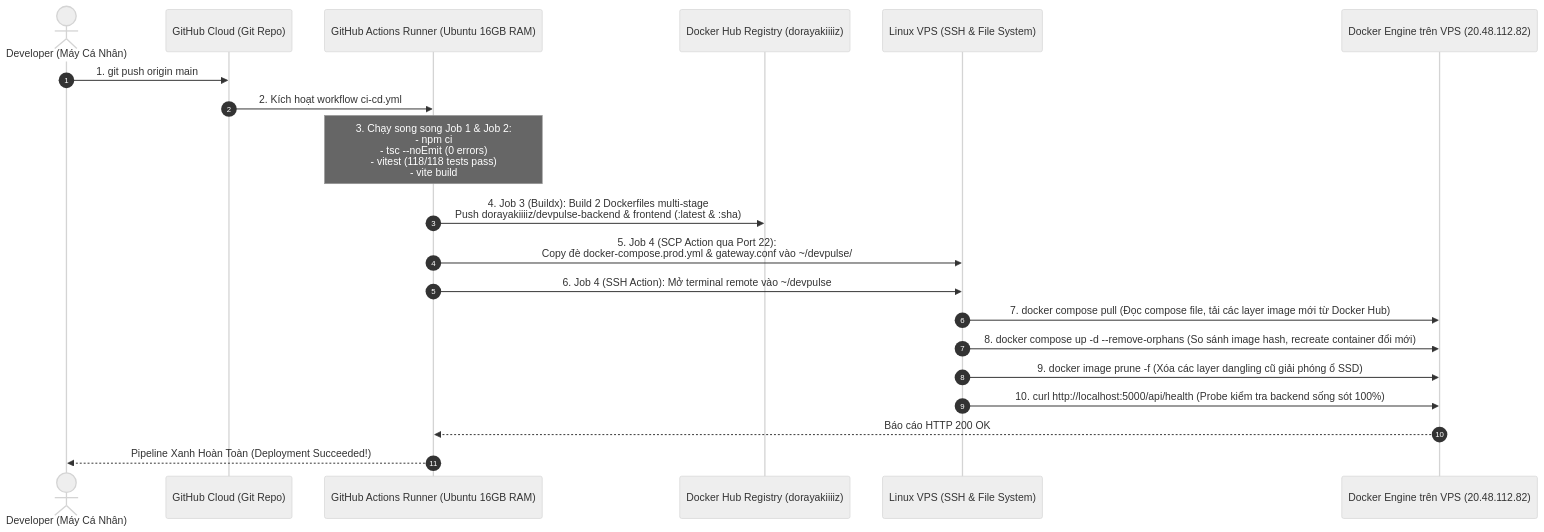
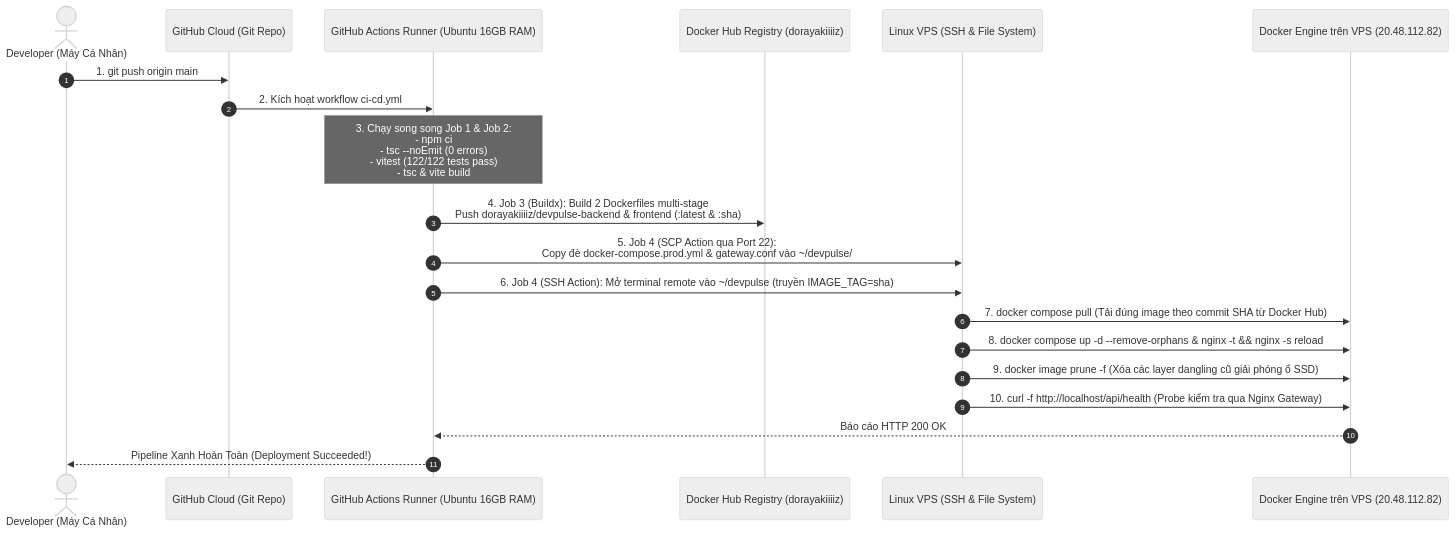
Before and after one commit to dorayakiiiiz/devpulse: the third of 4 diagrams in documents/ci-cd-deployment-guide.md, drawn with Mermaid (neutral theme). The commit also changed other lines of this file and 53 other files, not shown here.

Commit message:
fix(core): harden security, named sse listeners, nginx reload, and sync docs

````diff
--- a/documents/ci-cd-deployment-guide.md
+++ b/documents/ci-cd-deployment-guide.md
@@ -821,23 +843,23 @@
 ```mermaid
 sequenceDiagram
     autonumber
     actor Dev as Developer (Máy Cá Nhân)
     participant GH as GitHub Cloud (Git Repo)
     participant Runner as GitHub Actions Runner (Ubuntu 16GB RAM)
     participant Hub as Docker Hub Registry (dorayakiiiiz)
     participant VPS_SSH as Linux VPS (SSH & File System)
     participant DockerDaemon as Docker Engine trên VPS (20.48.112.82)
 
     Dev->>GH: 1. git push origin main
     GH->>Runner: 2. Kích hoạt workflow ci-cd.yml
-    Note over Runner: 3. Chạy song song Job 1 & Job 2:<br/>- npm ci<br/>- tsc --noEmit (0 errors)<br/>- vitest (118/118 tests pass)<br/>- vite build
+    Note over Runner: 3. Chạy song song Job 1 & Job 2:<br/>- npm ci<br/>- tsc --noEmit (0 errors)<br/>- vitest (122/122 tests pass)<br/>- tsc & vite build
     Runner->>Hub: 4. Job 3 (Buildx): Build 2 Dockerfiles multi-stage<br/>Push dorayakiiiiz/devpulse-backend & frontend (:latest & :sha)
     Runner->>VPS_SSH: 5. Job 4 (SCP Action qua Port 22):<br/>Copy đè docker-compose.prod.yml & gateway.conf vào ~/devpulse/
-    Runner->>VPS_SSH: 6. Job 4 (SSH Action): Mở terminal remote vào ~/devpulse
-    VPS_SSH->>DockerDaemon: 7. docker compose pull (Đọc compose file, tải các layer image mới từ Docker Hub)
-    VPS_SSH->>DockerDaemon: 8. docker compose up -d --remove-orphans (So sánh image hash, recreate container đổi mới)
+    Runner->>VPS_SSH: 6. Job 4 (SSH Action): Mở terminal remote vào ~/devpulse (truyền IMAGE_TAG=sha)
+    VPS_SSH->>DockerDaemon: 7. docker compose pull (Tải đúng image theo commit SHA từ Docker Hub)
+    VPS_SSH->>DockerDaemon: 8. docker compose up -d --remove-orphans & nginx -t && nginx -s reload
     VPS_SSH->>DockerDaemon: 9. docker image prune -f (Xóa các layer dangling cũ giải phóng ổ SSD)
-    VPS_SSH->>DockerDaemon: 10. curl http://localhost:5000/api/health (Probe kiểm tra backend sống sót 100%)
+    VPS_SSH->>DockerDaemon: 10. curl -f http://localhost/api/health (Probe kiểm tra qua Nginx Gateway)
     DockerDaemon-->>Runner: Báo cáo HTTP 200 OK
     Runner-->>Dev: Pipeline Xanh Hoàn Toàn (Deployment Succeeded!)
 ```
````
